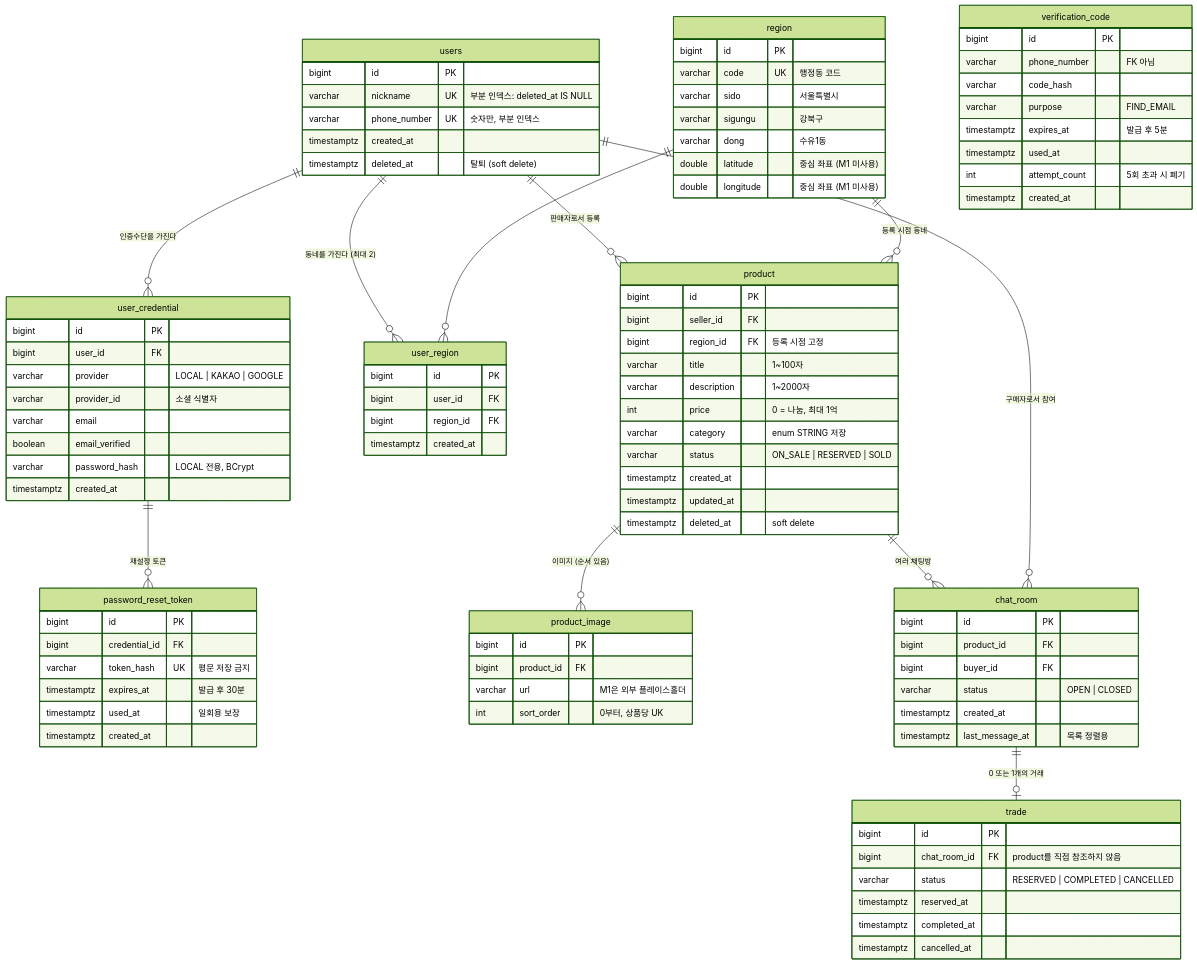
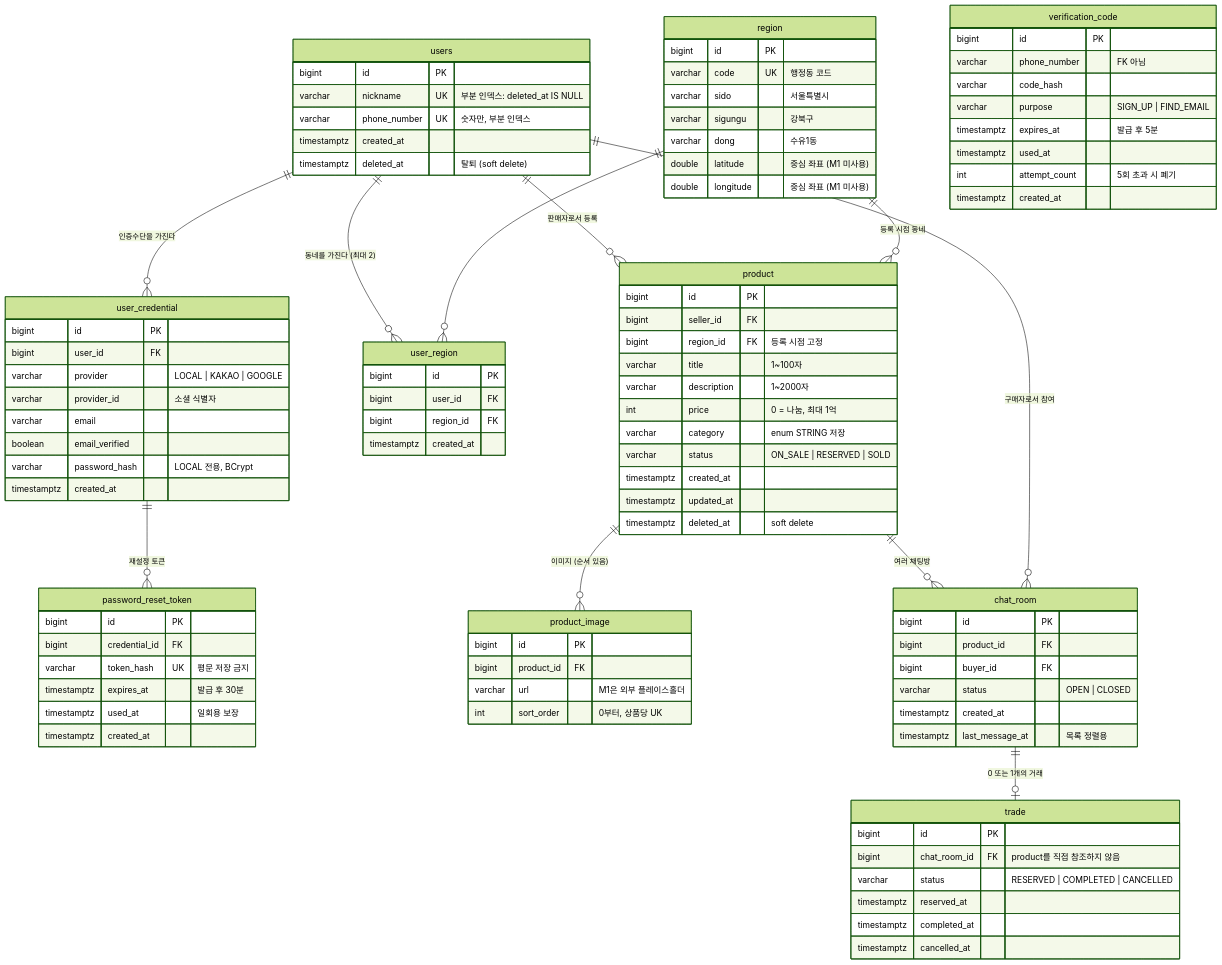
One commit to SebinBae/golmok-market changed the first of 2 diagrams in docs/spec/erd.md. Above: the diagram before and after it, drawn with Mermaid (forest theme). The commit also changed 13 other files, not shown here.

```diff
--- a/docs/spec/erd.md
+++ b/docs/spec/erd.md
@@ -54,7 +54,7 @@
         bigint id PK
         varchar phone_number "FK 아님"
         varchar code_hash
-        varchar purpose "FIND_EMAIL"
+        varchar purpose "SIGN_UP | FIND_EMAIL"
         timestamptz expires_at "발급 후 5분"
         timestamptz used_at
         int attempt_count "5회 초과 시 폐기"
```
